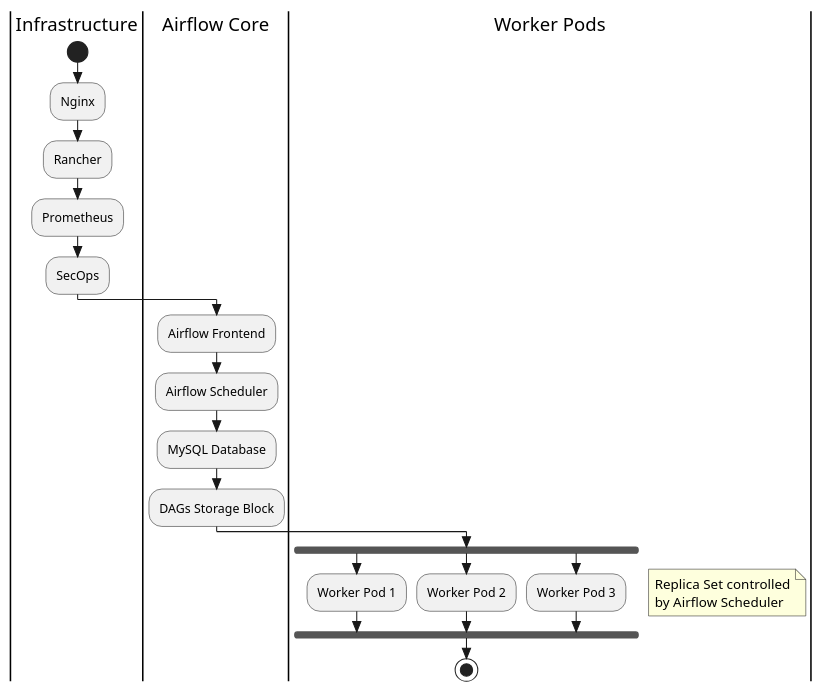
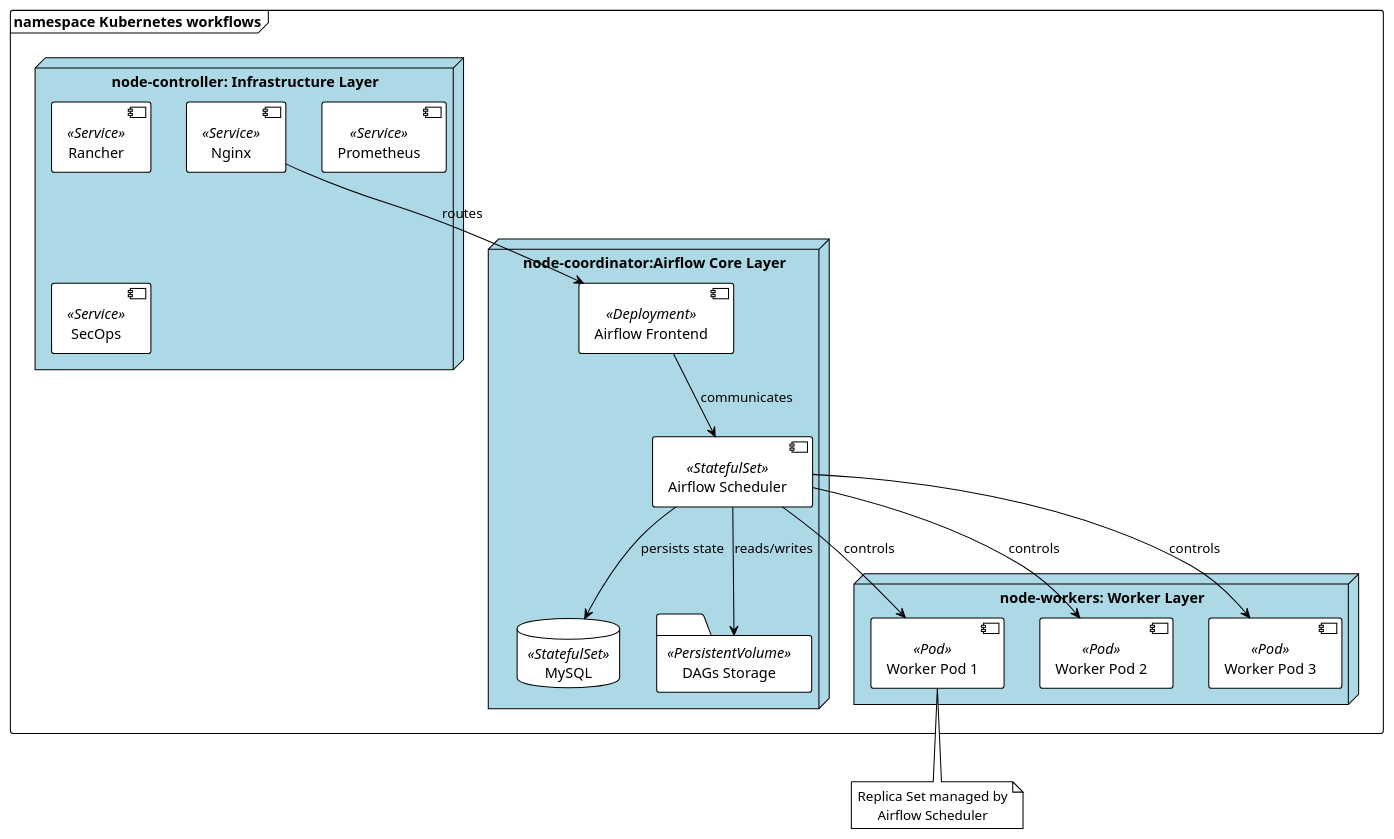
The diagram in archArchitekturSystem/kubernetes_deployment.puml (pressla/architecture), drawn with PlantUML before and after one commit. The commit also changed 5 other files, not shown here.

Commit message:
diagram airflow deployment

```diff
--- a/archArchitekturSystem/kubernetes_deployment.puml
+++ b/archArchitekturSystem/kubernetes_deployment.puml
@@ -1,30 +1,50 @@
-@startuml Kubernetes Deployment Chart
-skinparam style strictuml
-skinparam ParticipantPadding 20
-skinparam BoxPadding 10
+@startuml Kubernetes Deployment Architecture
+skinparam componentStyle uml2
 
-|Infrastructure|
-start
-:Nginx;
-:Rancher;
-:Prometheus;
-:SecOps;
+' Styling
+!theme plain
+skinparam node {
+    BackgroundColor lightblue
+    BorderColor black
+}
 
-|Airflow Core|
-:Airflow Frontend;
-:Airflow Scheduler;
-:MySQL Database;
-:DAGs Storage Block;
+' Custom stereotypes
+skinparam defaultTextAlignment center
 
-|Worker Pods|
-fork
-  :Worker Pod 1;
-fork again
-  :Worker Pod 2;
-fork again
-  :Worker Pod 3;
-end fork
-note right: Replica Set controlled\nby Airflow Scheduler
+frame "namespace Kubernetes workflows" {
+    node "node-controller: Infrastructure Layer" {
+        component "Nginx" as nginx <<Service>>
+        component "Rancher" as rancher <<Service>>
+        component "Prometheus" as prometheus <<Service>>
+        component "SecOps" as secops <<Service>>
+    }
 
-stop
+    node "node-coordinator:Airflow Core Layer" {
+        component "Airflow Frontend" as frontend <<Deployment>>
+        component "Airflow Scheduler" as scheduler <<StatefulSet>>
+        Database "MySQL" as mysql <<StatefulSet>>
+        Folder "DAGs Storage" as dags <<PersistentVolume>>
+    }
+
+    node "node-workers: Worker Layer" {
+        component "Worker Pod 1" as worker1 <<Pod>>
+        component "Worker Pod 2" as worker2 <<Pod>>
+        component "Worker Pod 3" as worker3 <<Pod>>
+    }
+}
+
+' Core relationships only
+nginx --> frontend : routes
+frontend --> scheduler : communicates
+scheduler --> mysql : persists state
+scheduler --> dags : reads/writes
+scheduler --> worker1 : controls
+scheduler --> worker2 : controls
+scheduler --> worker3 : controls
+
+note bottom of worker1
+  Replica Set managed by
+  Airflow Scheduler
+end note
+
 @enduml
```
